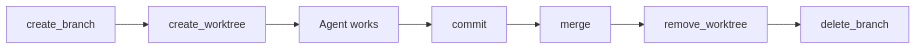
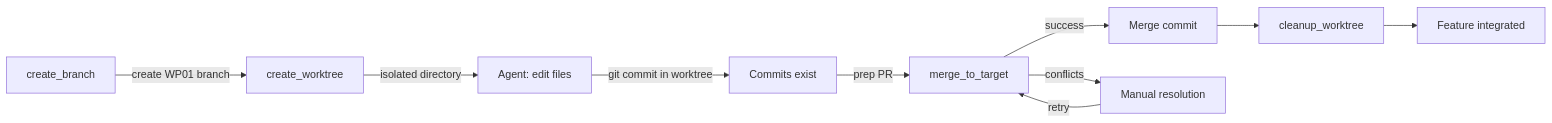
One commit to KooshaPari/AgilePlus changed the diagram in docs/sdk/vcs-port.md. Above: the diagram before and after it, drawn with Mermaid. The commit also changed other lines of this file and 47 other files, not shown here.

First line of the commit message:
docs: expand all 50+ doc pages with comprehensive content, mermaid diagrams

````diff
--- a/docs/sdk/vcs-port.md
+++ b/docs/sdk/vcs-port.md
@@ -77,9 +225,12 @@
 ```mermaid
 graph LR
-    A[create_branch] --> B[create_worktree]
-    B --> C[Agent works]
-    C --> D[commit]
-    D --> E[merge]
-    E --> F[remove_worktree]
-    F --> G[delete_branch]
+    A[create_branch] -->|create WP01 branch| B[create_worktree]
+    B -->|isolated directory| C[Agent: edit files]
+    C -->|git commit in worktree| D[Commits exist]
+    D -->|prep PR| E[merge_to_target]
+    E -->|success| F[Merge commit]
+    E -->|conflicts| G[Manual resolution]
+    G -->|retry| E
+    F --> H[cleanup_worktree]
+    H --> I[Feature integrated]
 ```
````
